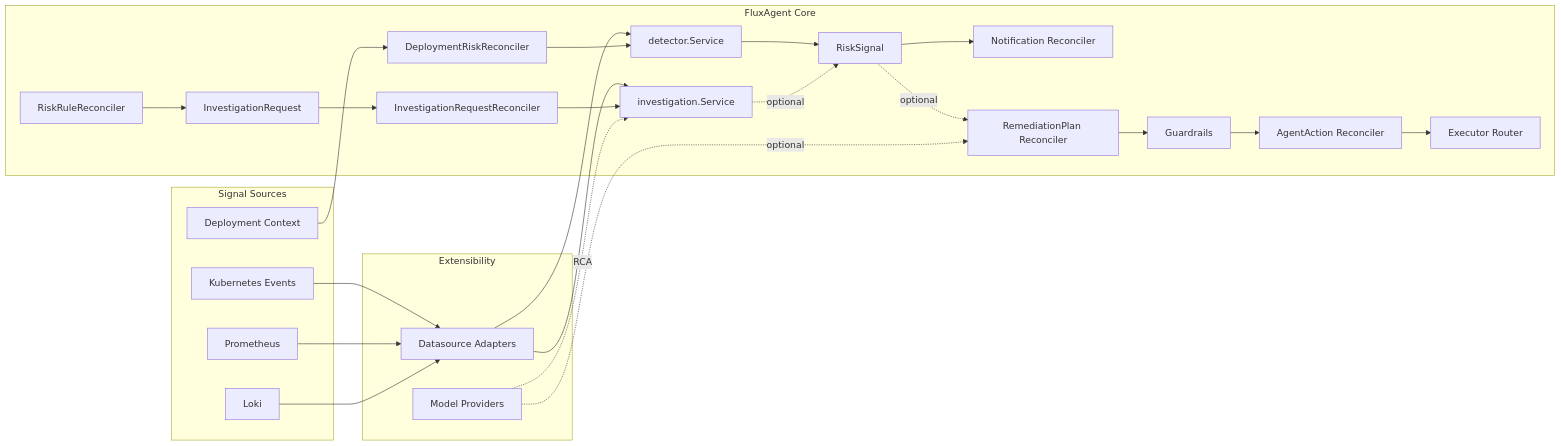
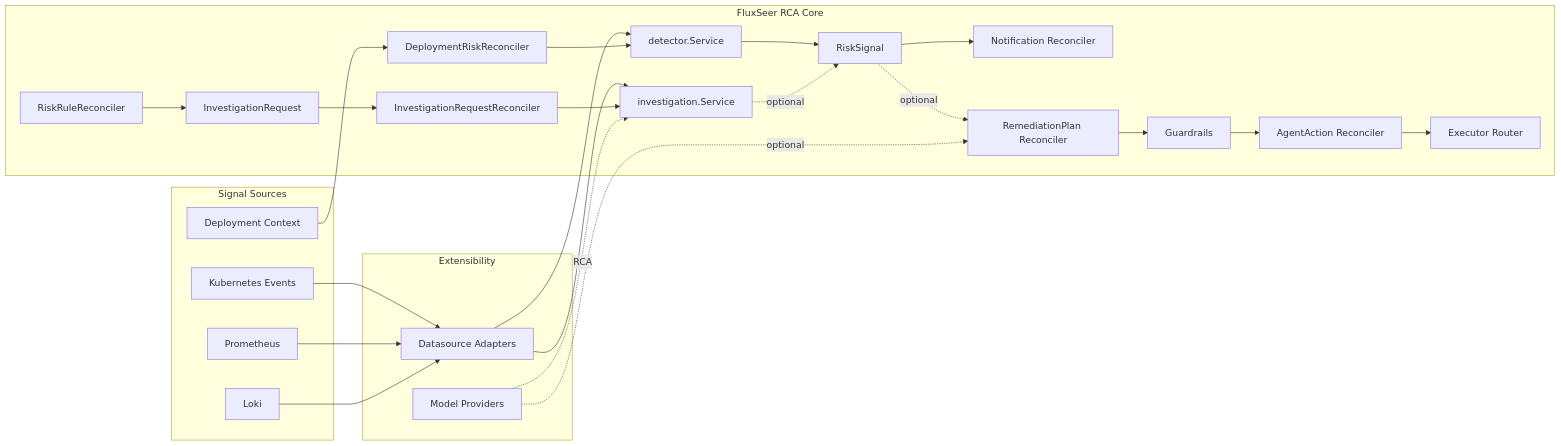
Before and after one commit to FluxSeer/fluxseer-rca: the diagram in docs/architecture/overview.md, drawn with Mermaid. The commit also changed other lines of this file and 50 other files, not shown here.

````diff
--- a/docs/architecture/overview.md
+++ b/docs/architecture/overview.md
@@ -453,49 +453,49 @@
 ```mermaid
 flowchart LR
     subgraph Sources[Signal Sources]
         E[Kubernetes Events]
         P[Prometheus]
         L[Loki]
         D[Deployment Context]
     end
 
-    subgraph Core[FluxAgent Core]
+    subgraph Core[FluxSeer RCA Core]
         R1[DeploymentRiskReconciler]
         RR[RiskRuleReconciler]
         IR[InvestigationRequestReconciler]
         DET[detector.Service]
         INV[investigation.Service]
         RS[RiskSignal]
         IQ[InvestigationRequest]
         N[Notification Reconciler]
         RP[RemediationPlan Reconciler]
         G[Guardrails]
         AA[AgentAction Reconciler]
         X[Executor Router]
     end
 
     subgraph Ext[Extensibility]
         DS[Datasource Adapters]
         MG[Model Providers]
     end
 
     D --> R1
     E --> DS
     P --> DS
     L --> DS
     DS --> DET
     DS --> INV
     R1 --> DET
     RR --> IQ
     IQ --> IR
     IR --> INV
     DET --> RS
     INV -. optional .-> RS
     RS --> N
     RS -. optional .-> RP
     MG -. optional .-> RP
     MG -. RCA .-> INV
     RP --> G
     G --> AA
     AA --> X
 ```
````
